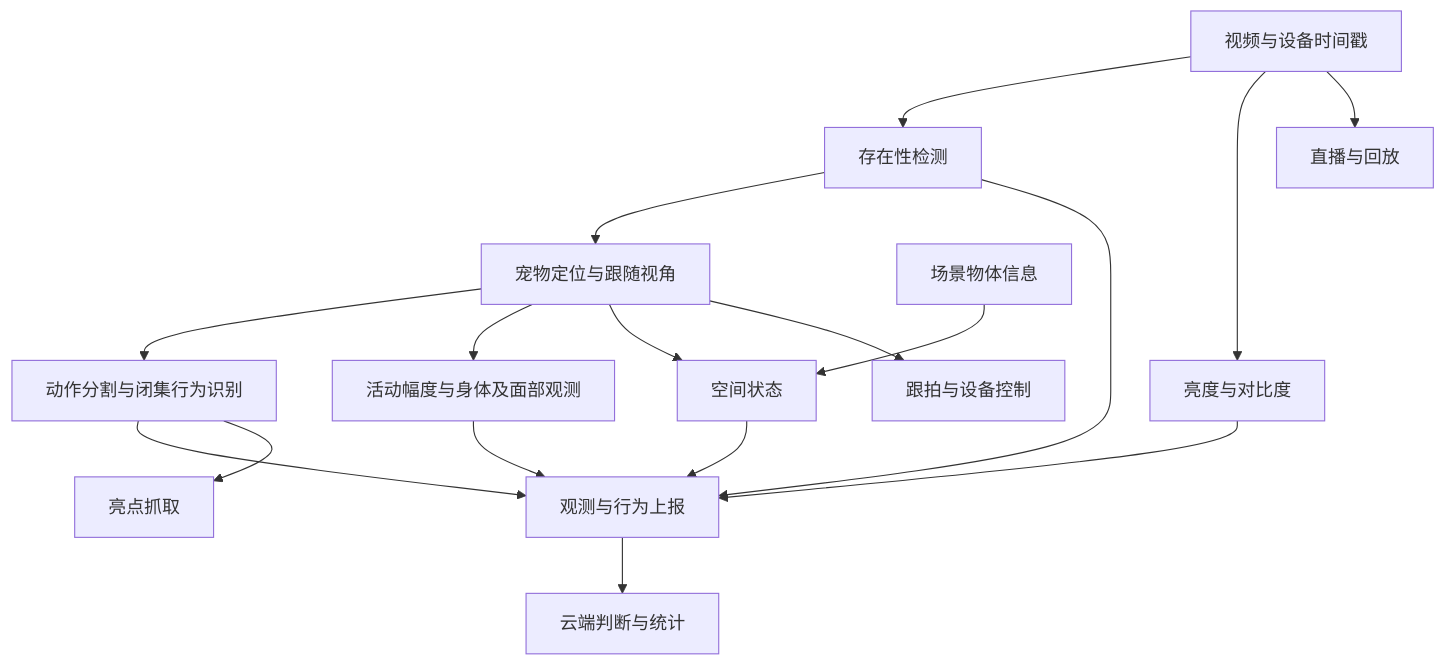
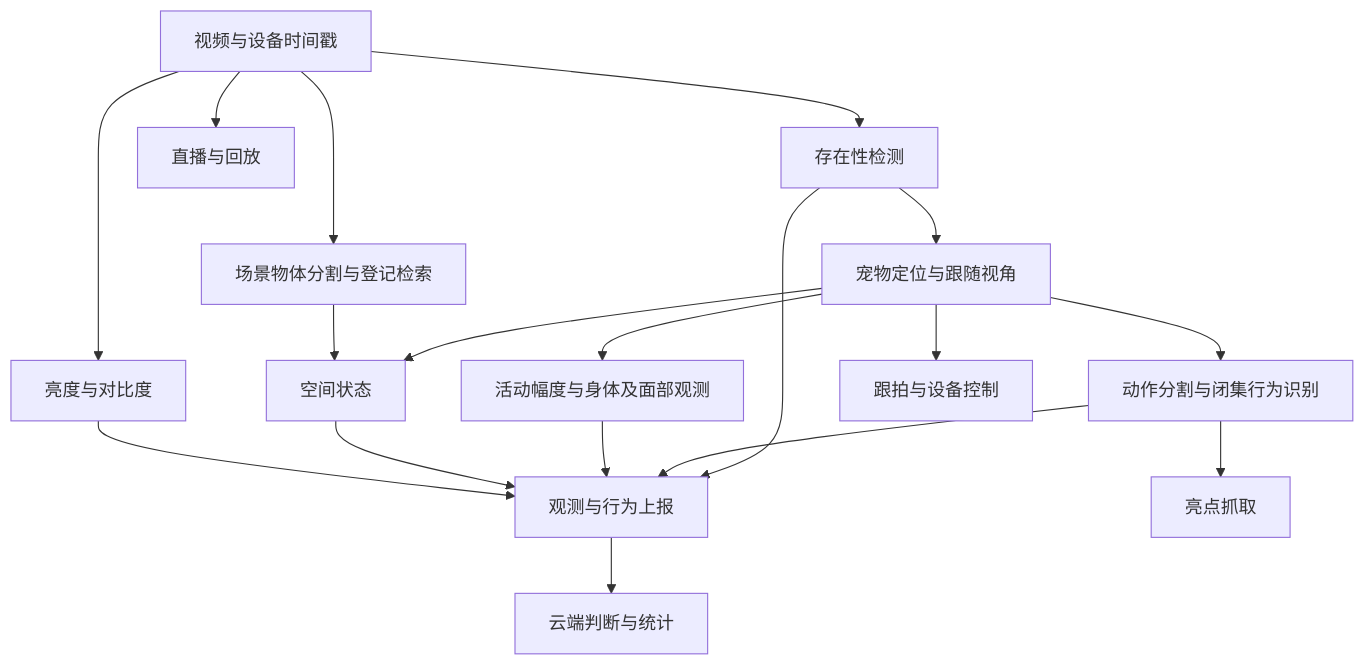
One commit to gongshangzheng/pet-action-recognition changed the first of 2 diagrams in openspec/changes/pet-motion-latent-pipeline/design.md. Above: the diagram before and after it, drawn with Mermaid. The commit also changed other lines of this file and 45 other files, not shown here.

````diff
--- a/openspec/changes/pet-motion-latent-pipeline/design.md
+++ b/openspec/changes/pet-motion-latent-pipeline/design.md
@@ -15,19 +15,20 @@
 ```mermaid
 flowchart TD
     V[视频与设备时间戳] --> G[存在性检测]
     V --> Q[亮度与对比度]
     G --> D[宠物定位与跟随视角]
     D --> A[动作分割与闭集行为识别]
     D --> M[活动幅度与身体及面部观测]
     D --> S[空间状态]
-    O[场景物体信息] --> S
+    V --> O[场景物体分割与登记检索]
+    O --> S
     G --> U[观测与行为上报]
     A --> U
     M --> U
     S --> U
     Q --> U
     U --> C[云端判断与统计]
     V --> VS[直播与回放]
     A --> H[亮点抓取]
     D --> F[跟拍与设备控制]
 ```
````
